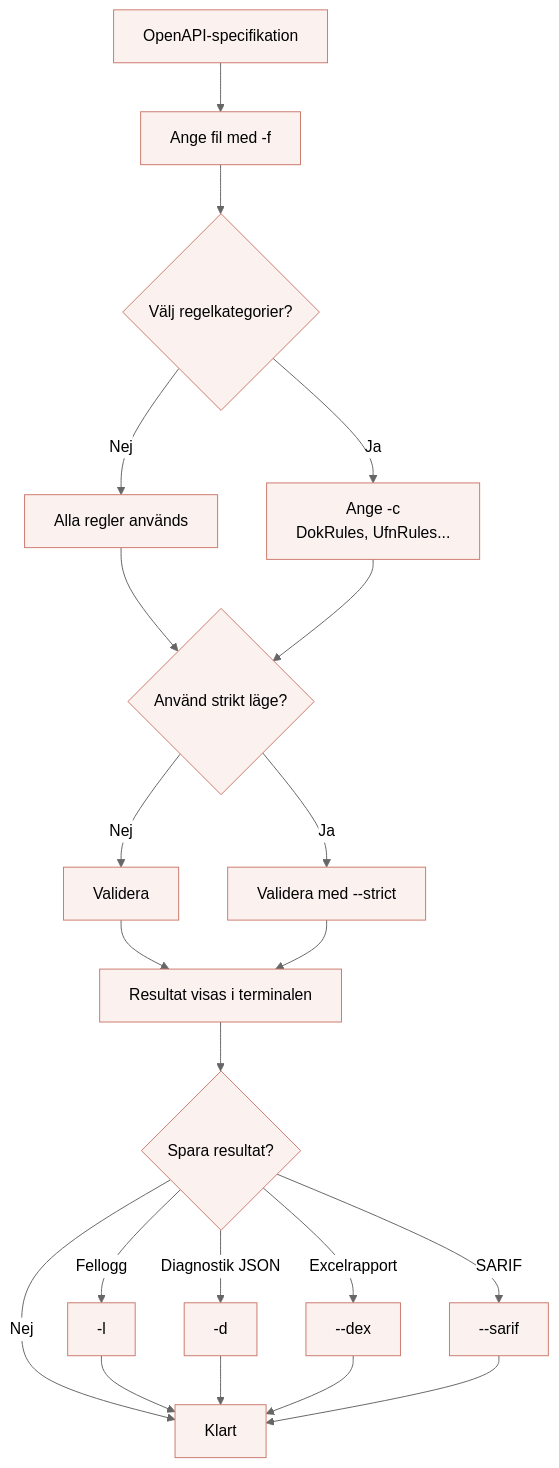
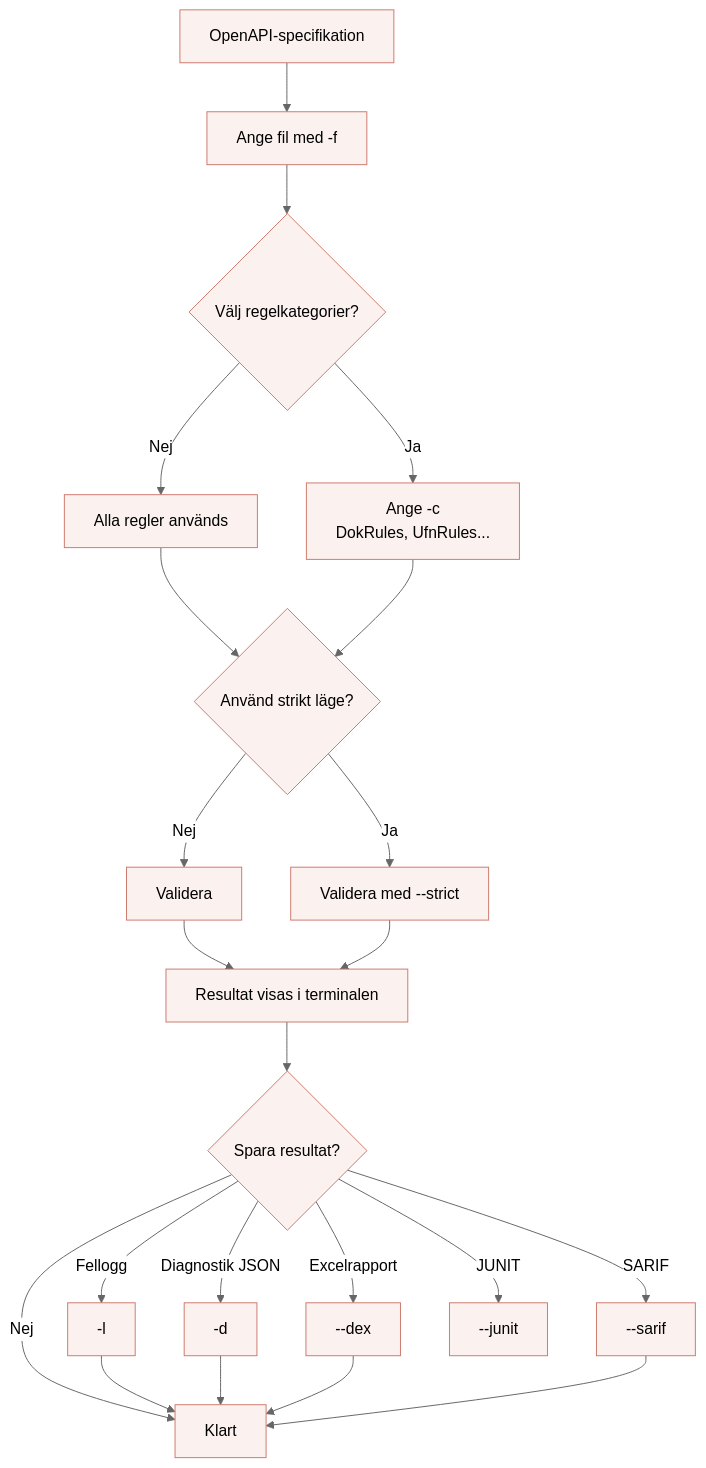
The first of 2 diagrams in README.md (diggsweden/rest-api-profil-lint-processor), drawn with Mermaid before and after one commit. The commit also changed other lines of this file and 3 other files, not shown here.

````diff
--- a/README.md
+++ b/README.md
@@ -458,46 +456,47 @@
 ```mermaid
 %%{init: {
   "theme": "base",
   "themeVariables": {
     "primaryColor": "#fbf2f0",
     "primaryTextColor": "#000",
     "primaryBorderColor": "#cd7a6e",
     "lineColor": "#666",
     "secondaryColor": "#ffffff",
     "tertiaryColor": "#ffffff"
   }
 }}%%
 flowchart TD
 
     A["OpenAPI-specifikation"]
 
     A --> B["Ange fil med -f"]
 
     B --> C{Välj regelkategorier?}
 
     C -->|Nej| D["Alla regler används"]
     C -->|Ja| E["Ange -c <br> DokRules, UfnRules..."]
 
     D --> F{Använd strikt läge?}
     E --> F
 
     F -->|Nej| G["Validera"]
     F -->|Ja| H["Validera med --strict"]
 
     G --> I["Resultat visas i terminalen"]
     H --> I
 
     I --> J{Spara resultat?}
 
     J -->|Nej| K["Klart"]
 
     J -->|Fellogg| L["-l <fil>"]
     J -->|Diagnostik JSON| M["-d <fil>"]
     J -->|Excelrapport| N["--dex"]
     J -->|SARIF| O["--sarif <fil>"]
+    J -->|JUNIT| P["--junit <fil>"]
 
     L --> K
     M --> K
     N --> K
     O --> K
 ```
````
